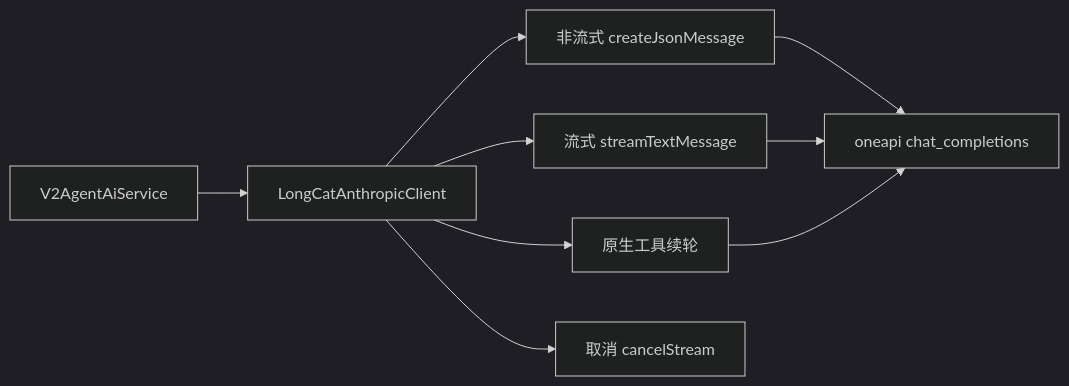
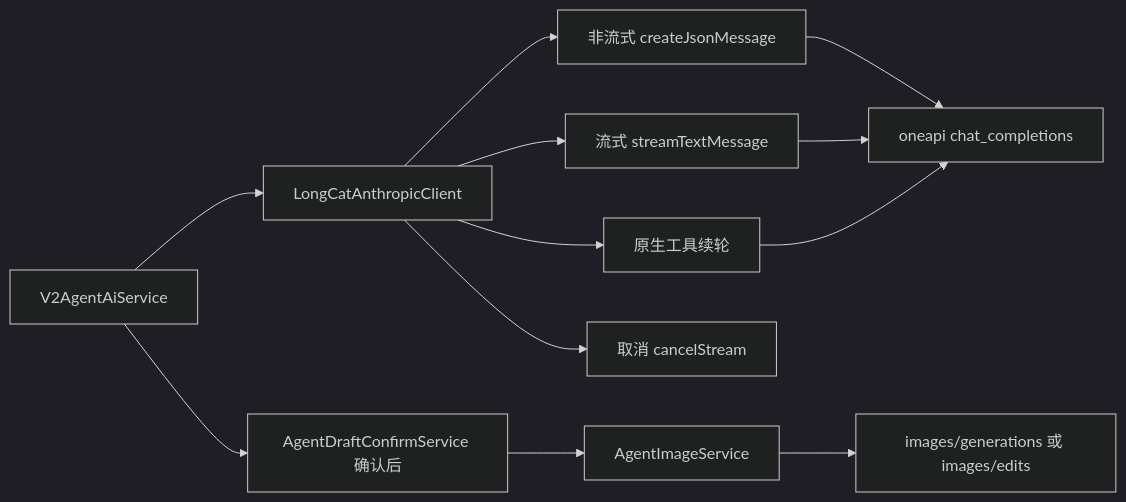
One commit to sxyq/mastergoods changed the diagram in docs/03_系统设计/后端系统设计/Provider适配设计.md. Above: the diagram before and after it, drawn with Mermaid (dark theme). The commit also changed other lines of this file and 12 other files, not shown here.

Commit message:
docs(agent): document image generation boundaries and coverage

````diff
--- a/docs/03_系统设计/后端系统设计/Provider适配设计.md
+++ b/docs/03_系统设计/后端系统设计/Provider适配设计.md
@@ -32,11 +43,14 @@
 ```mermaid
 flowchart LR
     A[V2AgentAiService] --> B[LongCatAnthropicClient]
     B --> C[非流式 createJsonMessage]
     B --> D[流式 streamTextMessage]
     B --> E[原生工具续轮]
     B --> F[取消 cancelStream]
+    A --> H[AgentDraftConfirmService 确认后]
+    H --> I[AgentImageService]
+    I --> J[images/generations 或 images/edits]
     C --> G[oneapi chat_completions]
     D --> G
     E --> G
 ```
````
